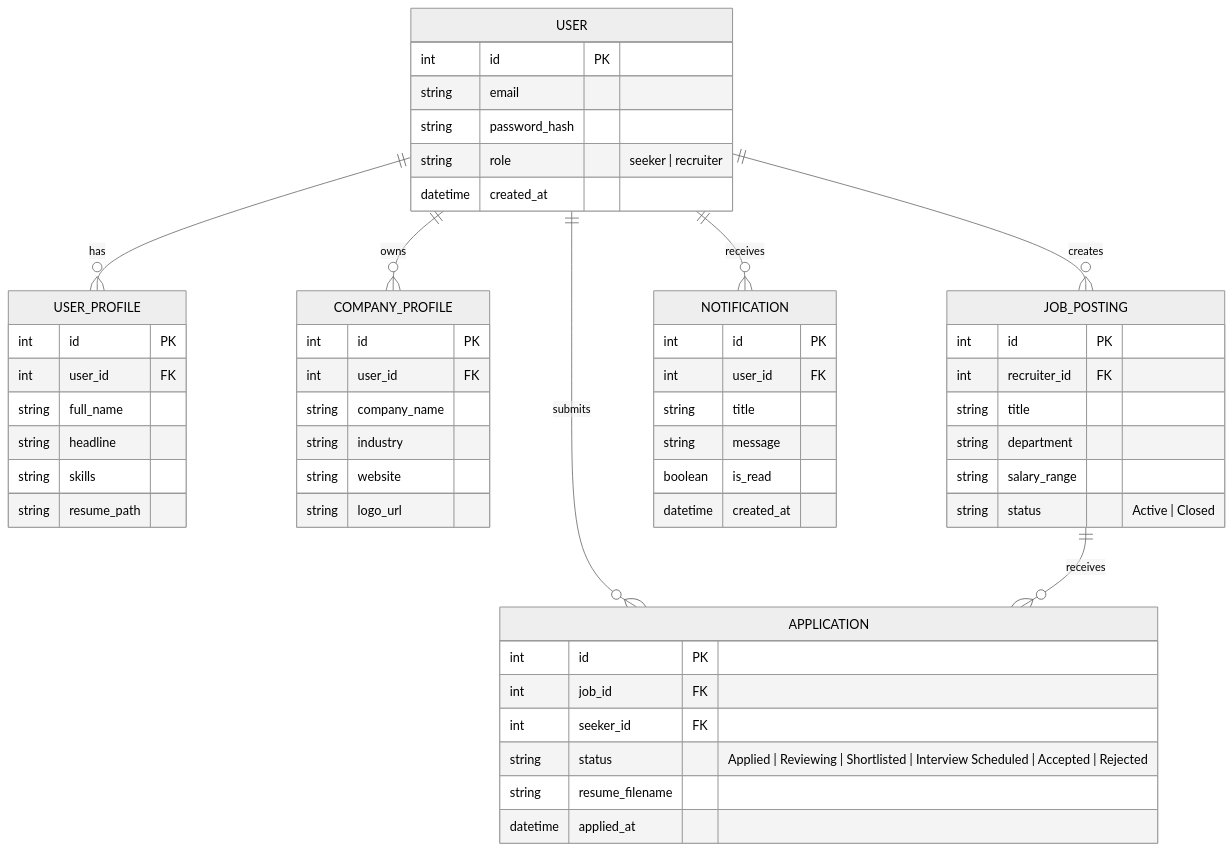
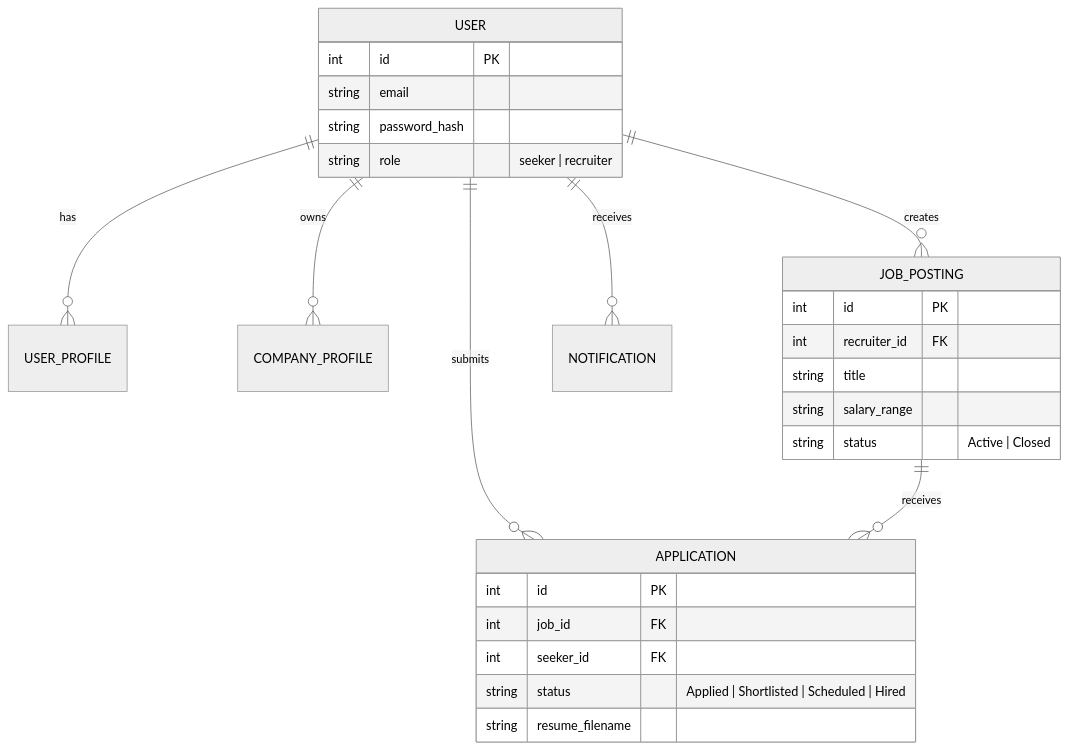
The second of 2 diagrams in README.md (Nivedreddy6/Flask), drawn with Mermaid (neutral theme) before and after one commit. The commit also changed other lines of this file and 8 other files, not shown here.

````diff
--- a/README.md
+++ b/README.md
@@ -140,62 +153,32 @@
 ```mermaid
 erDiagram
     USER ||--o{ USER_PROFILE : has
     USER ||--o{ COMPANY_PROFILE : owns
     USER ||--o{ JOB_POSTING : creates
     USER ||--o{ APPLICATION : submits
     USER ||--o{ NOTIFICATION : receives
     JOB_POSTING ||--o{ APPLICATION : receives
 
     USER {
         int id PK
         string email
         string password_hash
         string role "seeker | recruiter"
-        datetime created_at
-    }
-
-    USER_PROFILE {
-        int id PK
-        int user_id FK
-        string full_name
-        string headline
-        string skills
-        string resume_path
-    }
-
-    COMPANY_PROFILE {
-        int id PK
-        int user_id FK
-        string company_name
-        string industry
-        string website
-        string logo_url
     }
 
     JOB_POSTING {
         int id PK
         int recruiter_id FK
         string title
-        string department
         string salary_range
         string status "Active | Closed"
     }
 
     APPLICATION {
         int id PK
         int job_id FK
         int seeker_id FK
-        string status "Applied | Reviewing | Shortlisted | Interview Scheduled | Accepted | Rejected"
+        string status "Applied | Shortlisted | Scheduled | Hired"
         string resume_filename
-        datetime applied_at
-    }
-
-    NOTIFICATION {
-        int id PK
-        int user_id FK
-        string title
-        string message
-        boolean is_read
-        datetime created_at
     }
 ```
````
